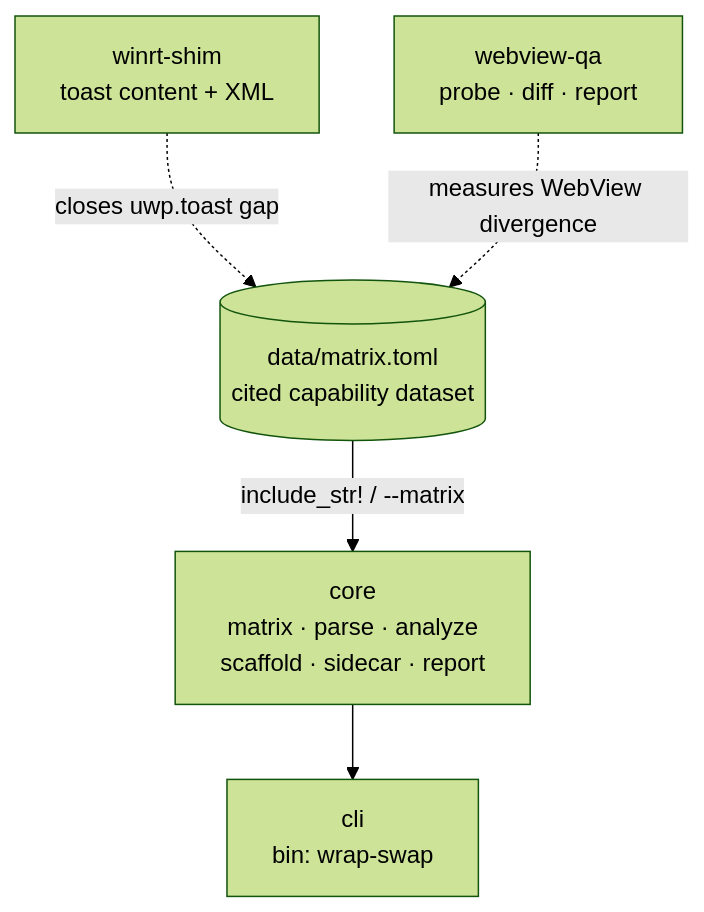
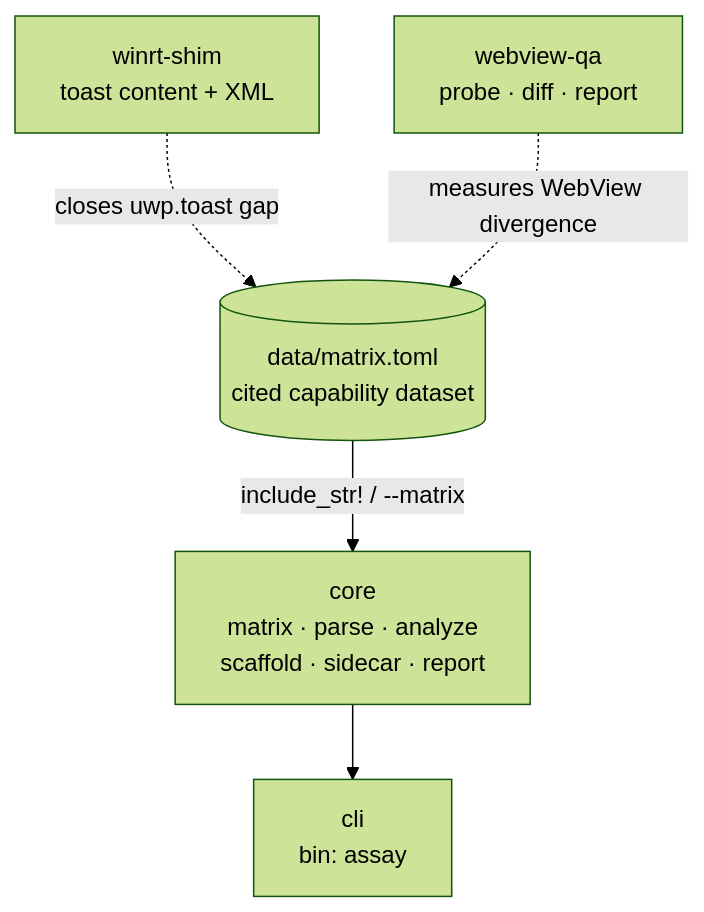
The first of 4 diagrams in docs/ARCHITECTURE.md (dyammarcano/assay), drawn with Mermaid (forest theme) before and after one commit. The commit also changed other lines of this file and 31 other files, not shown here.

First line of the commit message:
refactor: apply brand — wrap-swap becomes Assay

````diff
--- a/docs/ARCHITECTURE.md
+++ b/docs/ARCHITECTURE.md
@@ -10,13 +10,13 @@
 ```mermaid
 graph TD
     matrix[("data/matrix.toml<br/>cited capability dataset")]
     core["core<br/>matrix · parse · analyze<br/>scaffold · sidecar · report"]
-    cli["cli<br/>bin: wrap-swap"]
+    cli["cli<br/>bin: assay"]
     shim["winrt-shim<br/>toast content + XML"]
     wvqa["webview-qa<br/>probe · diff · report"]
 
     matrix -->|include_str! / --matrix| core
     core --> cli
     shim -.->|closes uwp.toast gap| matrix
     wvqa -.->|measures WebView divergence| matrix
 ```
````
